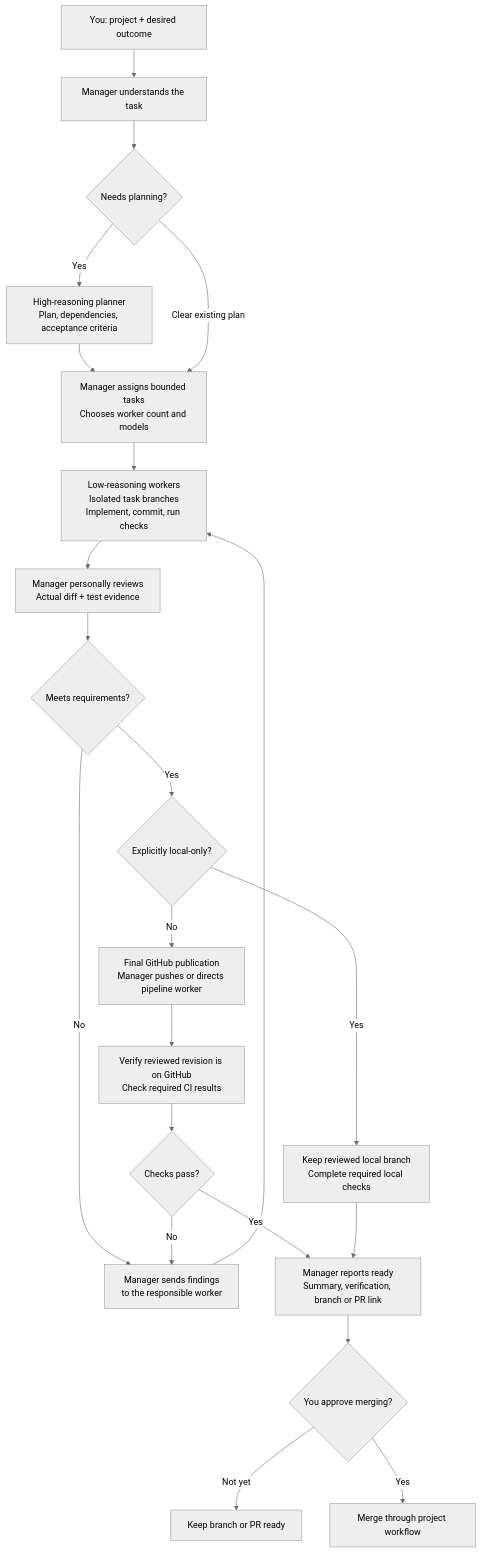
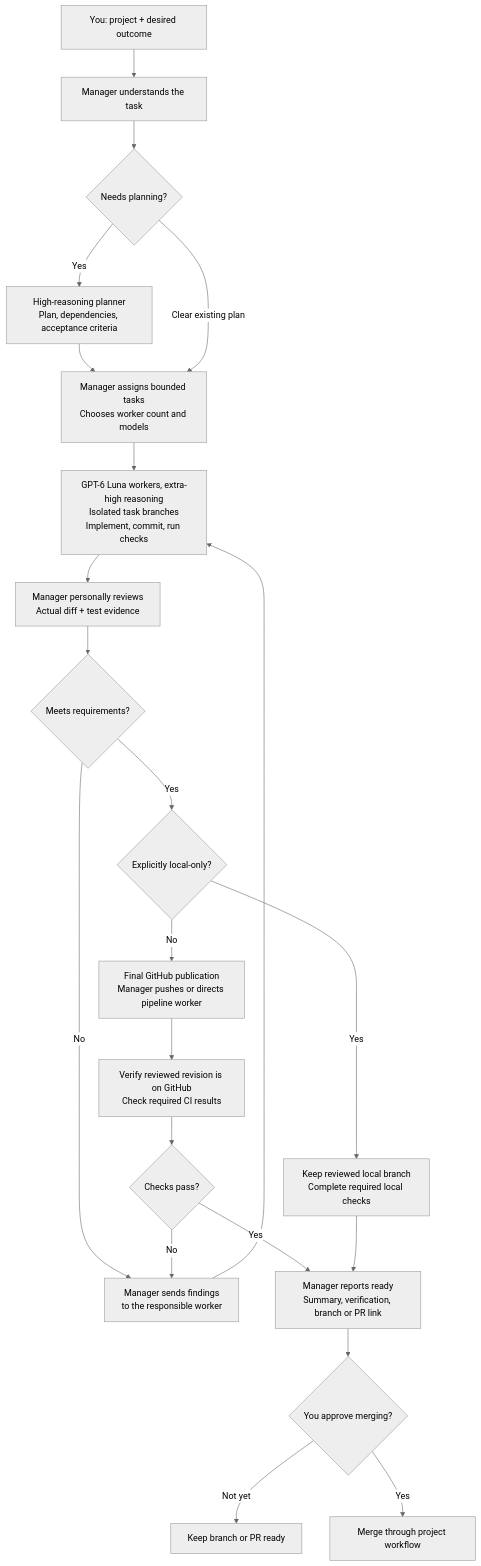
One commit to bobbyKhandar/firstmate-swarm-config changed the diagram in README.md. Above: the diagram before and after it, drawn with Mermaid (neutral theme). The commit also changed other lines of this file and 7 other files, not shown here.

Commit message:
Use GPT-6 Luna extra-high reasoning for execution workers

````diff
--- a/README.md
+++ b/README.md
@@ -15,30 +15,30 @@
 ```mermaid
 flowchart TD
     U["You: project + desired outcome"] --> M["Manager understands the task"]
     M --> P{"Needs planning?"}
 
     P -- Yes --> H["High-reasoning planner<br/>Plan, dependencies, acceptance criteria"]
     H --> A
     P -- Clear existing plan --> A
 
     A["Manager assigns bounded tasks<br/>Chooses worker count and models"]
-    A --> W["Low-reasoning workers<br/>Isolated task branches<br/>Implement, commit, run checks"]
+    A --> W["GPT-6 Luna workers, extra-high reasoning<br/>Isolated task branches<br/>Implement, commit, run checks"]
 
     W --> R["Manager personally reviews<br/>Actual diff + test evidence"]
     R --> Q{"Meets requirements?"}
     Q -- No --> F["Manager sends findings<br/>to the responsible worker"]
     F --> W
 
     Q -- Yes --> L{"Explicitly local-only?"}
     L -- Yes --> LOCAL["Keep reviewed local branch<br/>Complete required local checks"]
     L -- No --> G["Final GitHub publication<br/>Manager pushes or directs pipeline worker"]
     G --> V["Verify reviewed revision is on GitHub<br/>Check required CI results"]
     V --> C{"Checks pass?"}
     C -- No --> F
     C -- Yes --> D["Manager reports ready<br/>Summary, verification, branch or PR link"]
     LOCAL --> D
 
     D --> Y{"You approve merging?"}
     Y -- Not yet --> WAIT["Keep branch or PR ready"]
     Y -- Yes --> MERGE["Merge through project workflow"]
 ```
````
